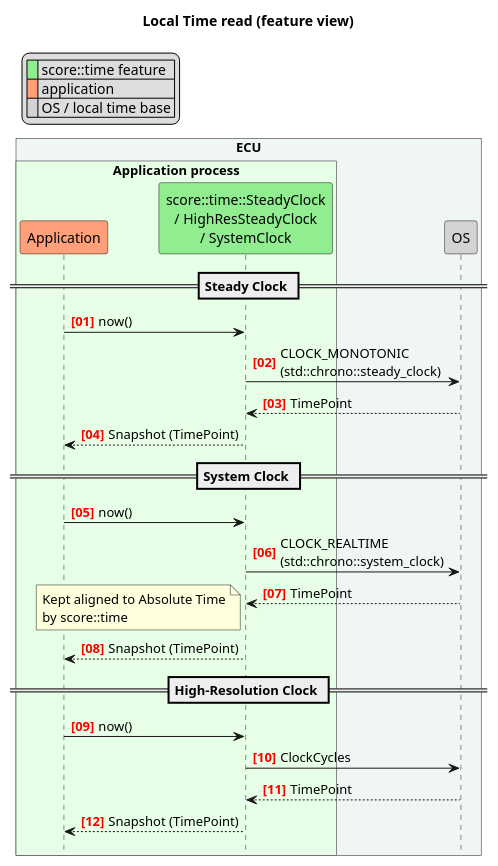
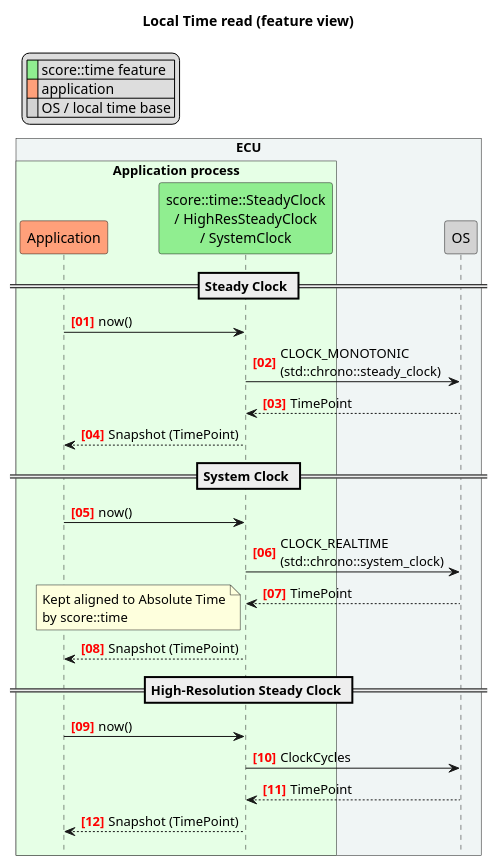
Before and after one commit to eclipse-score/time: the diagram in docs/features/architecture/_assets/local_time_read_flow.puml, drawn with PlantUML. The commit also changed 6 other files, not shown here.

```diff
--- a/docs/features/architecture/_assets/local_time_read_flow.puml
+++ b/docs/features/architecture/_assets/local_time_read_flow.puml
@@ -14,46 +14,46 @@
 @startuml
 
 hide footbox
 
 autonumber "<font color=red><b>[00]"
 
 title Local Time read (feature view)
 
 legend top left
 | <#LightGreen>  | score::time feature  |
 | <#LightSalmon> | application          |
 | <#LightGrey>   | OS / local time base |
 endlegend
 
 !pragma teoz true
 box "ECU" #f0f5f5
   box "Application process" #e6ffe6
     participant "Application"                as app #LightSalmon
     participant "score::time::SteadyClock\n/ HighResSteadyClock\n/ SystemClock" as lc  #LightGreen
   end box
   participant "OS" as os #LightGrey
 end box
 
 == Steady Clock ==
 app -> lc : now()
 lc -> os : CLOCK_MONOTONIC\n(std::chrono::steady_clock)
 os --> lc : TimePoint
 lc --> app : Snapshot (TimePoint)
 
 == System Clock ==
 app -> lc : now()
 lc -> os : CLOCK_REALTIME\n(std::chrono::system_clock)
 os --> lc : TimePoint
 note left
   Kept aligned to Absolute Time
   by score::time
 end note
 lc --> app : Snapshot (TimePoint)
 
-== High-Resolution Clock ==
+== High-Resolution Steady Clock ==
 app -> lc : now()
 lc -> os : ClockCycles
 os --> lc : TimePoint
 lc --> app : Snapshot (TimePoint)
 
 @enduml
```
